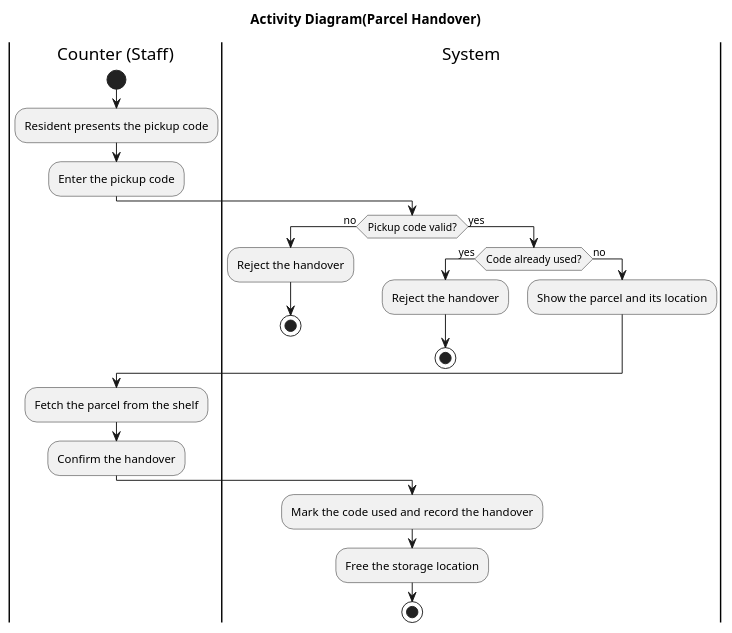
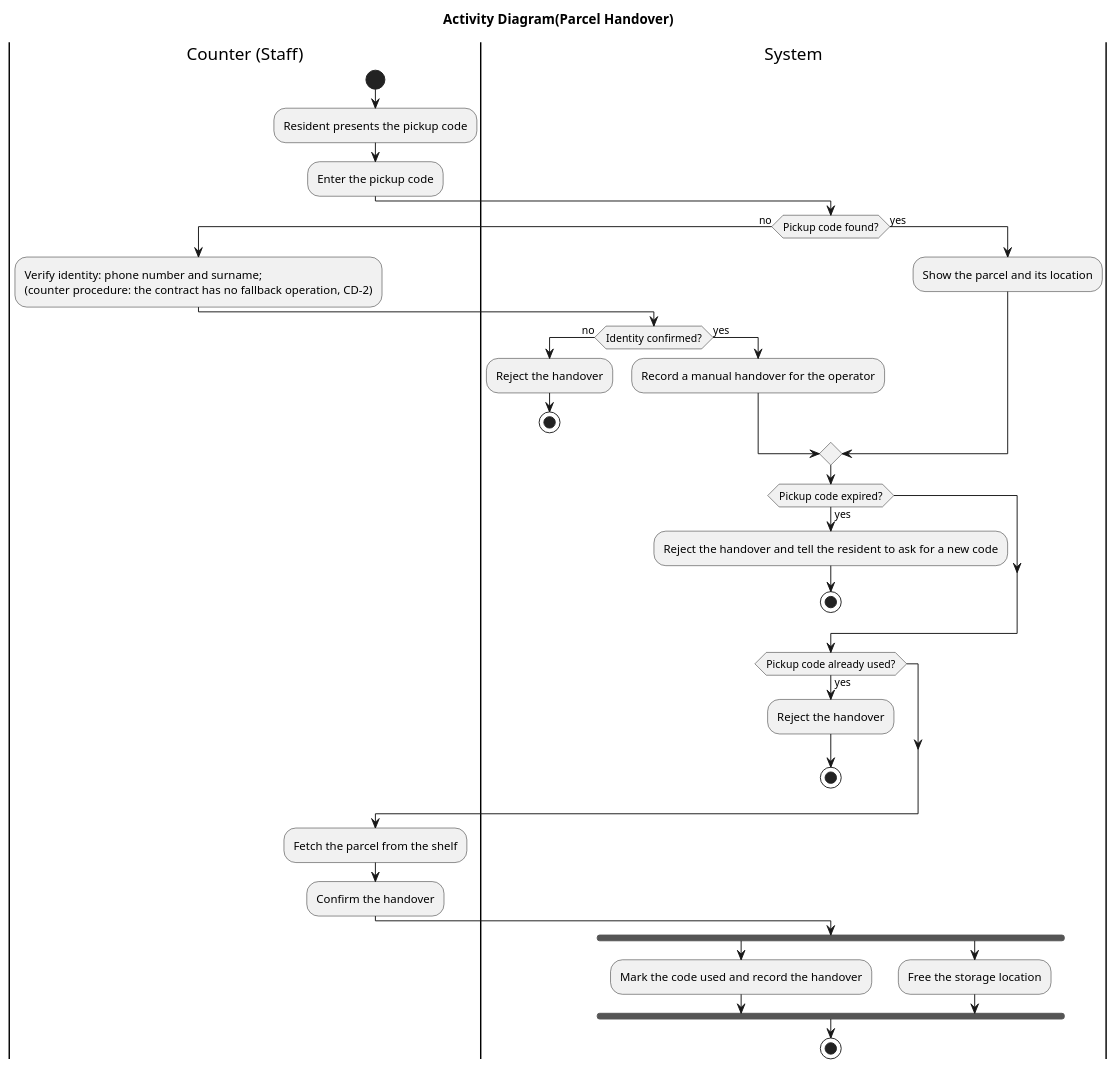
One commit to 123dvfj123/linyi-collection-point changed the diagram in docs/02-design/uml/activity-handover.puml. Above: the diagram before and after it, drawn with PlantUML. The commit also changed 1 other file, not shown here.

Commit message:
docs(design): add the expiry and identity fallback branches to the handover model [T-20-11]

```diff
--- a/docs/02-design/uml/activity-handover.puml
+++ b/docs/02-design/uml/activity-handover.puml
@@ -1,26 +1,39 @@
 @startuml activity-handover
 title Activity Diagram(Parcel Handover)
 |Counter (Staff)|
 start
 :Resident presents the pickup code;
 :Enter the pickup code;
 |System|
-if (Pickup code valid?) then (no)
+if (Pickup code found?) then (no)
+  |Counter (Staff)|
+  :Verify identity: phone number and surname;\n(counter procedure: the contract has no fallback operation, CD-2);
+  |System|
+  if (Identity confirmed?) then (no)
+    :Reject the handover;
+    stop
+  else (yes)
+    :Record a manual handover for the operator;
+  endif
+else (yes)
+  :Show the parcel and its location;
+endif
+if (Pickup code expired?) then (yes)
+  :Reject the handover and tell the resident to ask for a new code;
+  stop
+endif
+if (Pickup code already used?) then (yes)
   :Reject the handover;
   stop
-else (yes)
-  if (Code already used?) then (yes)
-    :Reject the handover;
-    stop
-  else (no)
-    :Show the parcel and its location;
-  endif
 endif
 |Counter (Staff)|
 :Fetch the parcel from the shelf;
 :Confirm the handover;
 |System|
-:Mark the code used and record the handover;
-:Free the storage location;
+fork
+  :Mark the code used and record the handover;
+fork again
+  :Free the storage location;
+end fork
 stop
 @enduml
```
